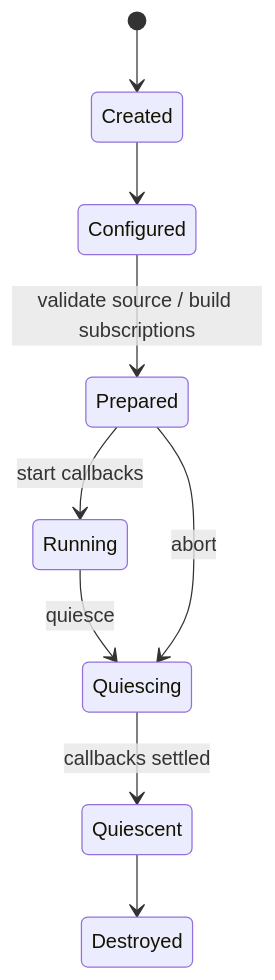
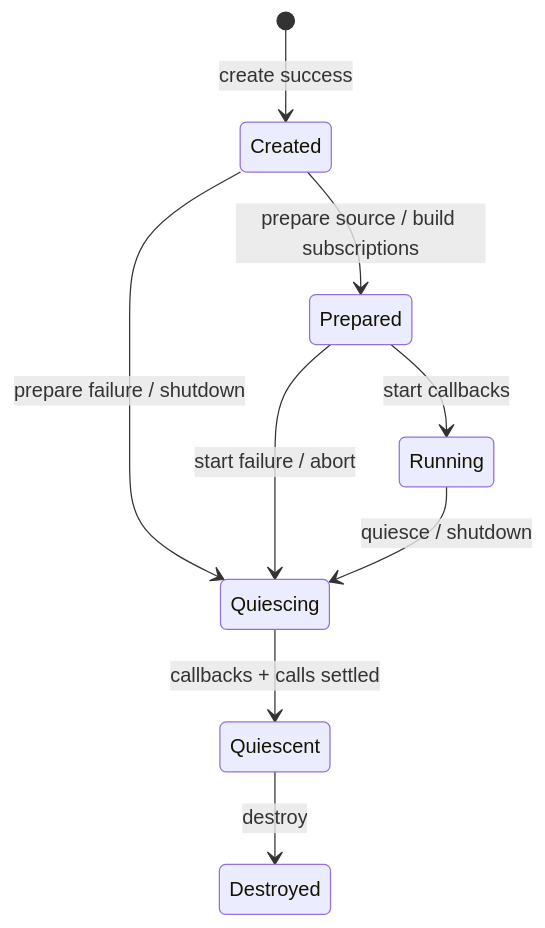
One commit to SiYueY/rodaq changed the second of 2 diagrams in docs/design/acquisition.md. Above: the diagram before and after it, drawn with Mermaid. The commit also changed other lines of this file and 6 other files, not shown here.

````diff
--- a/docs/design/acquisition.md
+++ b/docs/design/acquisition.md
@@ -59,11 +59,11 @@
 ```mermaid
 stateDiagram-v2
-    [*] --> Created
-    Created --> Configured
-    Configured --> Prepared: validate source / build subscriptions
+    [*] --> Created: create success
+    Created --> Prepared: prepare source / build subscriptions
     Prepared --> Running: start callbacks
-    Running --> Quiescing: quiesce
-    Prepared --> Quiescing: abort
-    Quiescing --> Quiescent: callbacks settled
-    Quiescent --> Destroyed
+    Created --> Quiescing: prepare failure / shutdown
+    Prepared --> Quiescing: start failure / abort
+    Running --> Quiescing: quiesce / shutdown
+    Quiescing --> Quiescent: callbacks + calls settled
+    Quiescent --> Destroyed: destroy
 ```
````
